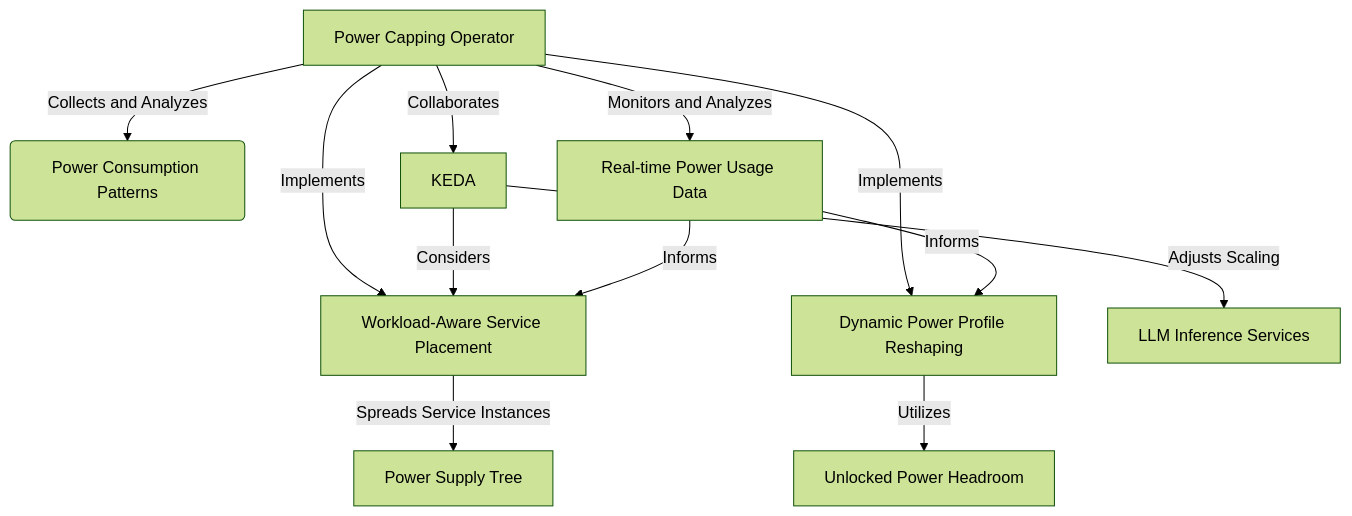
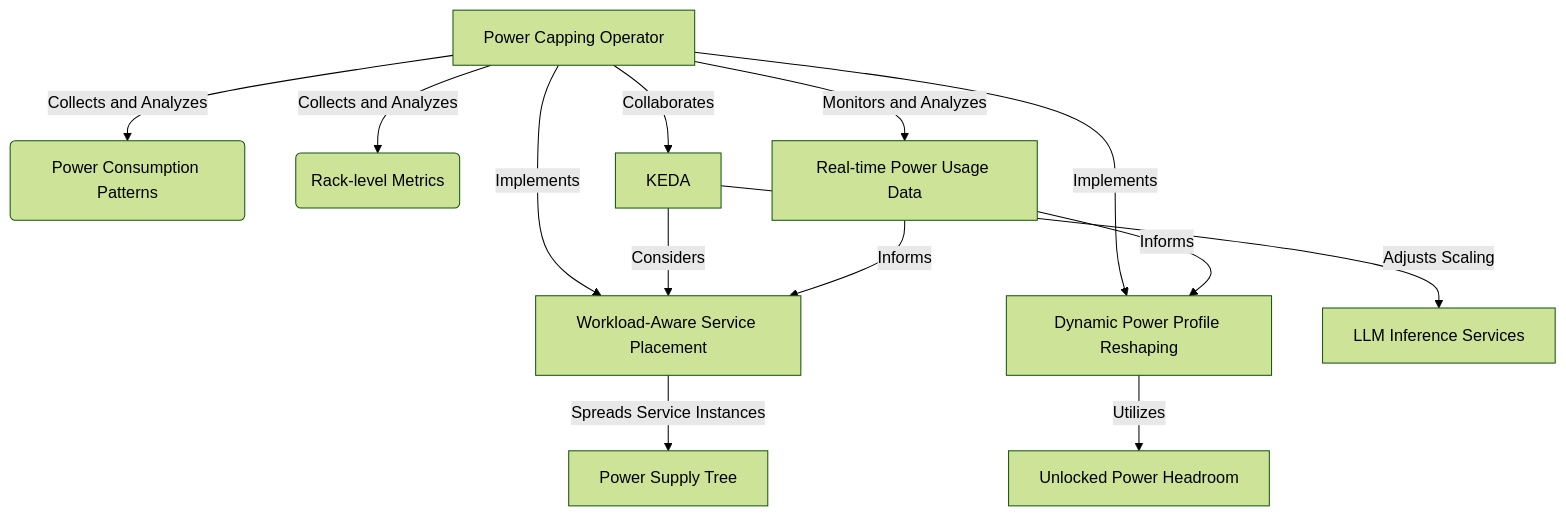
Before and after one commit to Climatik-Project/Climatik-Project: the ninth of 11 diagrams in README.md, drawn with Mermaid (forest theme). The commit also changed other lines of this file, not shown here.

Commit message:
update readme with rack aware algorithms

````diff
--- a/README.md
+++ b/README.md
@@ -720,14 +880,15 @@
 ```mermaid
 graph TD
 A[Power Capping Operator] -->|Collects and Analyzes| B(Power Consumption Patterns)
-A -->|Implements| C[Workload-Aware Service Placement]
-A -->|Implements| D[Dynamic Power Profile Reshaping]
-C -->|Spreads Service Instances| E[Power Supply Tree]
-D -->|Utilizes| F[Unlocked Power Headroom]
-A -->|Collaborates| G[KEDA]
-G -->|Considers| C
-G -->|Adjusts Scaling| H[LLM Inference Services]
-A -->|Monitors and Analyzes| I[Real-time Power Usage Data]
-I -->|Informs| C
-I -->|Informs| D
+A -->|Collects and Analyzes| C(Rack-level Metrics)
+A -->|Implements| D[Workload-Aware Service Placement]
+A -->|Implements| E[Dynamic Power Profile Reshaping]
+D -->|Spreads Service Instances| F[Power Supply Tree]
+E -->|Utilizes| G[Unlocked Power Headroom]
+A -->|Collaborates| H[KEDA]
+H -->|Considers| D
+H -->|Adjusts Scaling| I[LLM Inference Services]
+A -->|Monitors and Analyzes| J[Real-time Power Usage Data]
+J -->|Informs| D
+J -->|Informs| E
 ```
````
